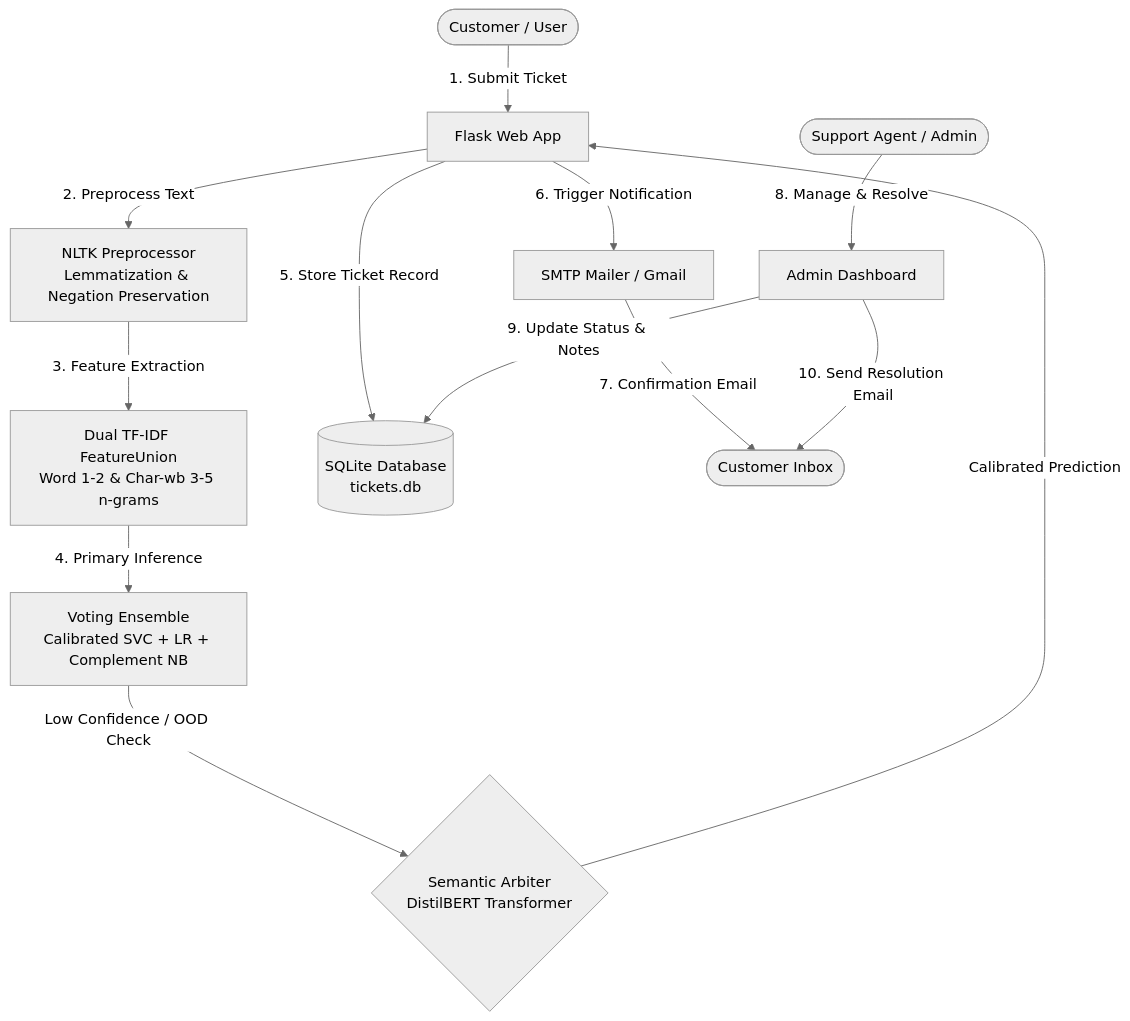
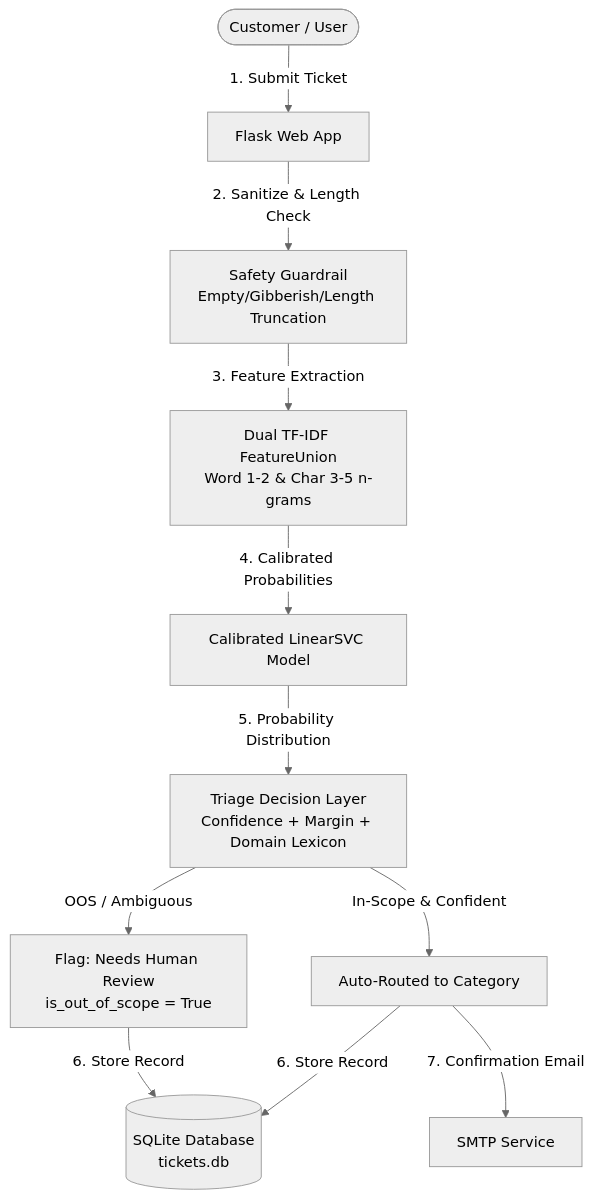
Before and after one commit to irfan-shekh/ai_ticket: the diagram in README.md, drawn with Mermaid (neutral theme). The commit also changed other lines of this file and 10 other files, not shown here.

Commit message:
feat(ml): audit dataset, implement production triage layer, and add QA stress-test suite

````diff
--- a/README.md
+++ b/README.md
@@ -63,15 +50,12 @@
 ```mermaid
 graph TD
     User([Customer / User]) -->|1. Submit Ticket| WebUI[Flask Web App]
-    WebUI -->|2. Preprocess Text| Preprocessor[NLTK Preprocessor<br/>Lemmatization & Negation Preservation]
-    Preprocessor -->|3. Feature Extraction| Features[Dual TF-IDF FeatureUnion<br/>Word 1-2 & Char-wb 3-5 n-grams]
-    Features -->|4. Primary Inference| Ensemble[Voting Ensemble<br/>Calibrated SVC + LR + Complement NB]
-    Ensemble -->|Low Confidence / OOD Check| Arbiter{Semantic Arbiter<br/>DistilBERT Transformer}
-    Arbiter -->|Calibrated Prediction| WebUI
-    WebUI -->|5. Store Ticket Record| DB[(SQLite Database<br/>tickets.db)]
-    WebUI -->|6. Trigger Notification| SMTP[SMTP Mailer / Gmail]
-    SMTP -->|7. Confirmation Email| CustomerInbox([Customer Inbox])
-    Admin([Support Agent / Admin]) -->|8. Manage & Resolve| AdminUI[Admin Dashboard]
-    AdminUI -->|9. Update Status & Notes| DB
-    AdminUI -->|10. Send Resolution Email| CustomerInbox
+    WebUI -->|2. Sanitize & Length Check| Safety[Safety Guardrail<br/>Empty/Gibberish/Length Truncation]
+    Safety -->|3. Feature Extraction| Union[Dual TF-IDF FeatureUnion<br/>Word 1-2 & Char 3-5 n-grams]
+    Union -->|4. Calibrated Probabilities| SVC[Calibrated LinearSVC Model]
+    SVC -->|5. Probability Distribution| Triage[Triage Decision Layer<br/>Confidence + Margin + Domain Lexicon]
+    Triage -->|OOS / Ambiguous| HumanReview[Flag: Needs Human Review<br/>is_out_of_scope = True]
+    Triage -->|In-Scope & Confident| AutoRoute[Auto-Routed to Category]
+    AutoRoute & HumanReview -->|6. Store Record| DB[(SQLite Database<br/>tickets.db)]
+    AutoRoute -->|7. Confirmation Email| SMTP[SMTP Service]
 ```
````
